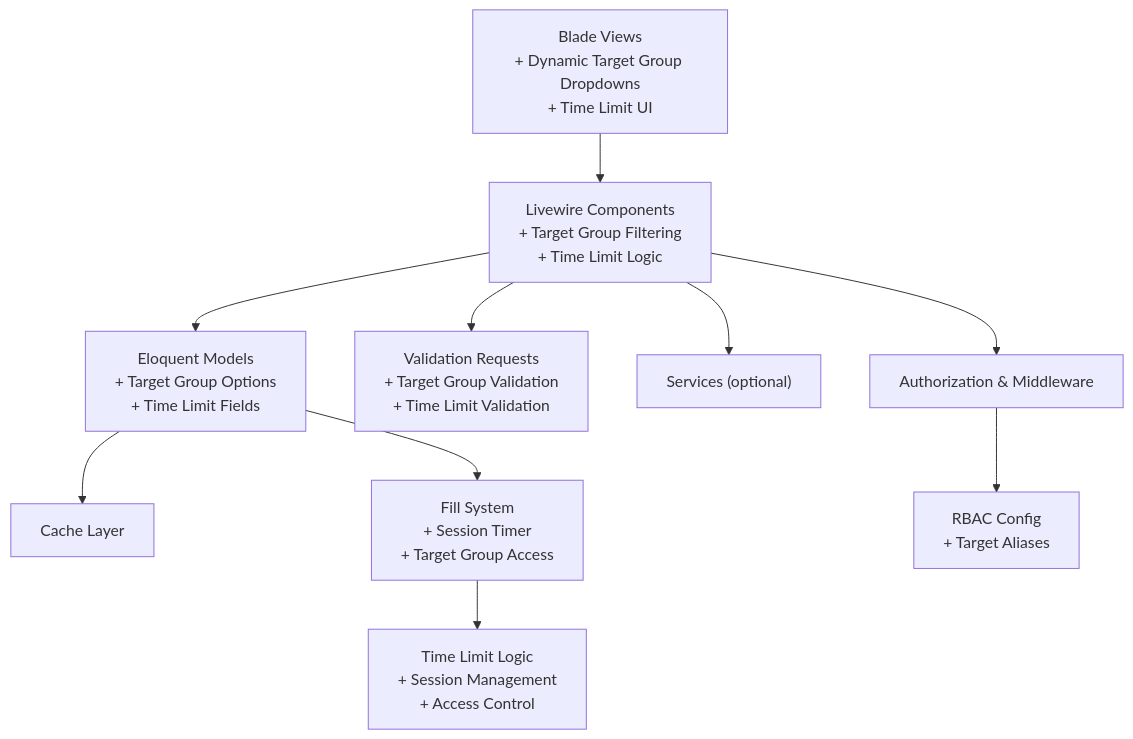
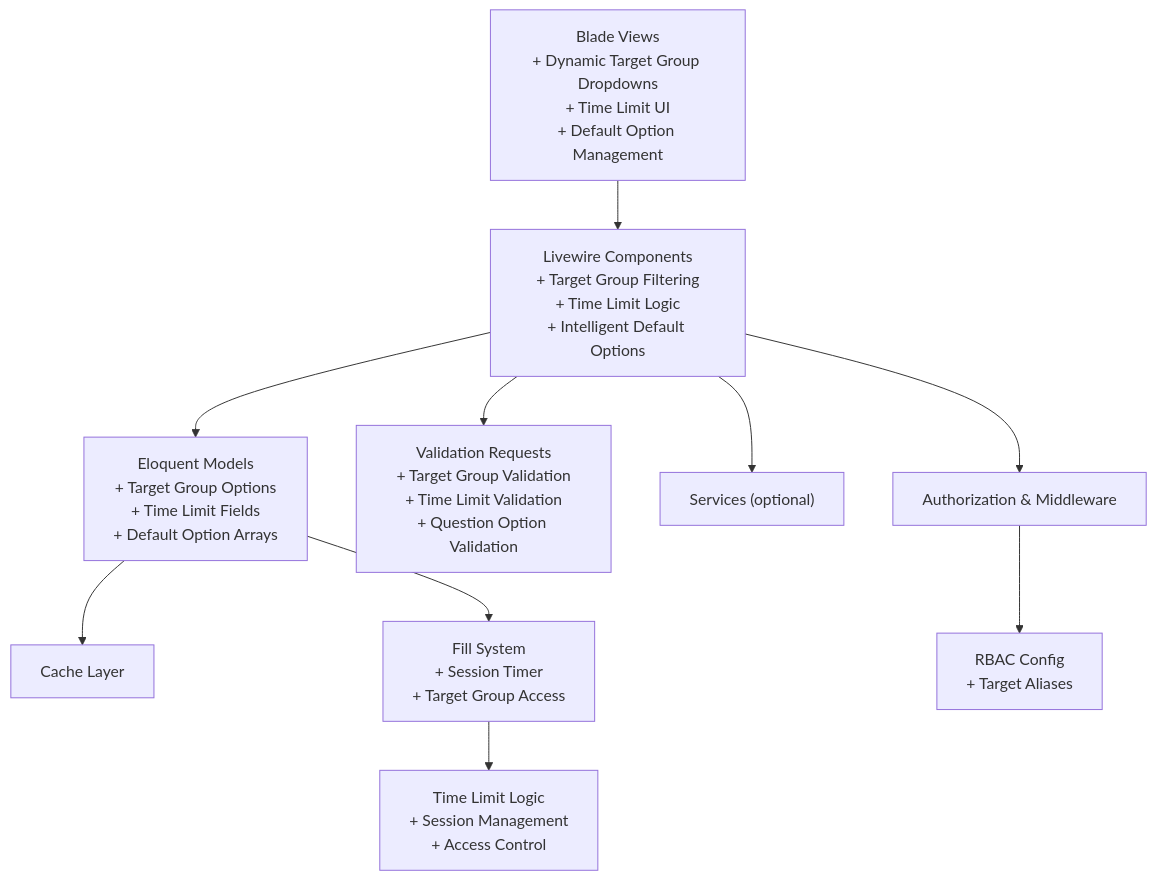
The second of 11 diagrams in .qoder/repowiki/en/content/Livewire Components/Admin Components.md (rudicatsmile/assesment360), drawn with Mermaid before and after one commit. The commit also changed other lines of this file and 4 other files, not shown here.

First line of the commit message:
feat(questionnaire): enhance validation and add Indonesian default rating options

````diff
--- a/.qoder/repowiki/en/content/Livewire Components/Admin Components.md
+++ b/.qoder/repowiki/en/content/Livewire Components/Admin Components.md
@@ -186,12 +186,12 @@
 ```mermaid
 graph TB
-UI["Blade Views<br/>+ Dynamic Target Group Dropdowns<br/>+ Time Limit UI"] --> LW["Livewire Components<br/>+ Target Group Filtering<br/>+ Time Limit Logic"]
+UI["Blade Views<br/>+ Dynamic Target Group Dropdowns<br/>+ Time Limit UI<br/>+ Default Option Management"] --> LW["Livewire Components<br/>+ Target Group Filtering<br/>+ Time Limit Logic<br/>+ Intelligent Default Options"]
 LW --> AUTH["Authorization & Middleware"]
-LW --> REQ["Validation Requests<br/>+ Target Group Validation<br/>+ Time Limit Validation"]
+LW --> REQ["Validation Requests<br/>+ Target Group Validation<br/>+ Time Limit Validation<br/>+ Question Option Validation"]
 LW --> SVC["Services (optional)"]
-LW --> DB["Eloquent Models<br/>+ Target Group Options<br/>+ Time Limit Fields"]
+LW --> DB["Eloquent Models<br/>+ Target Group Options<br/>+ Time Limit Fields<br/>+ Default Option Arrays"]
 DB --> CACHE["Cache Layer"]
 DB --> FILL["Fill System<br/>+ Session Timer<br/>+ Target Group Access"]
 AUTH --> RBAC["RBAC Config<br/>+ Target Aliases"]
 FILL --> TIME["Time Limit Logic<br/>+ Session Management<br/>+ Access Control"]
 ```
````
